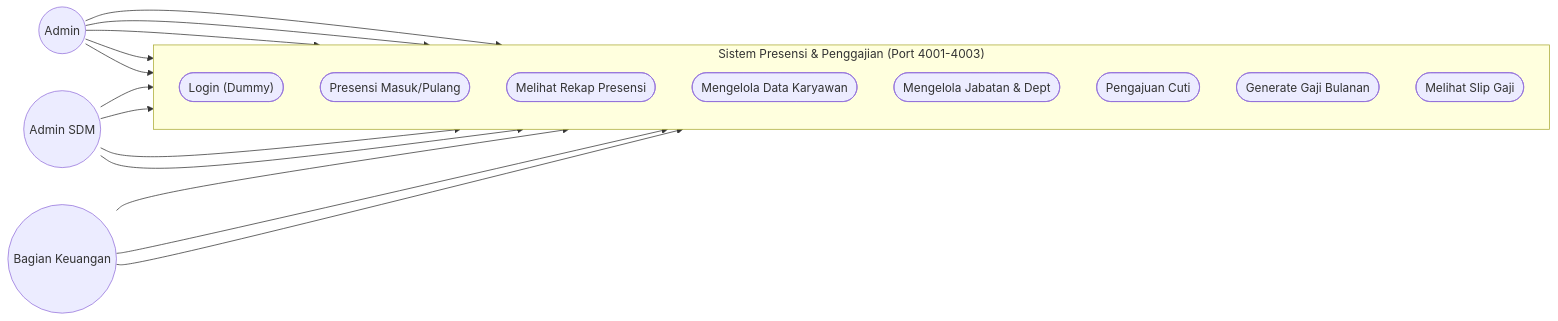
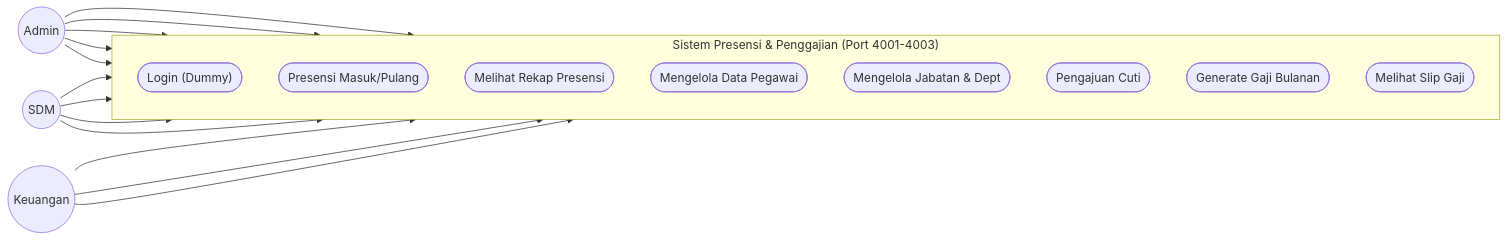
Before and after one commit to informatikateknik222-alt/skripsi-presensi: the first of 2 diagrams in DIAGRAMS.md, drawn with Mermaid. The commit also changed other lines of this file, not shown here.

Commit message:
feat: add Numbering Management Module for dynamic Payroll Slip IDs and Employee NIK

````diff
--- a/DIAGRAMS.md
+++ b/DIAGRAMS.md
@@ -9,36 +9,36 @@
 ```mermaid
 flowchart LR
     %% Actors
     adm(("Admin"))
-    sdm(("Admin SDM"))
-    keu(("Bagian Keuangan"))
+    sdm(("SDM"))
+    keu(("Keuangan"))
 
     %% System
     subgraph Sistem["Sistem Presensi & Penggajian (Port 4001-4003)"]
         direction TB
         UC1(["Login (Dummy)"])
         UC2(["Presensi Masuk/Pulang"])
         UC3(["Melihat Rekap Presensi"])
-        UC4(["Mengelola Data Karyawan"])
+        UC4(["Mengelola Data Pegawai"])
         UC5(["Mengelola Jabatan & Dept"])
         UC6(["Pengajuan Cuti"])
         UC7(["Generate Gaji Bulanan"])
         UC8(["Melihat Slip Gaji"])
     end
 
     %% Relationships
     adm --> UC1
     adm --> UC2
     adm --> UC3
     adm --> UC6
     adm --> UC8
 
     sdm --> UC1
     sdm --> UC4
     sdm --> UC5
     sdm --> UC3
 
     keu --> UC1
     keu --> UC7
     keu --> UC8
 ```
````
